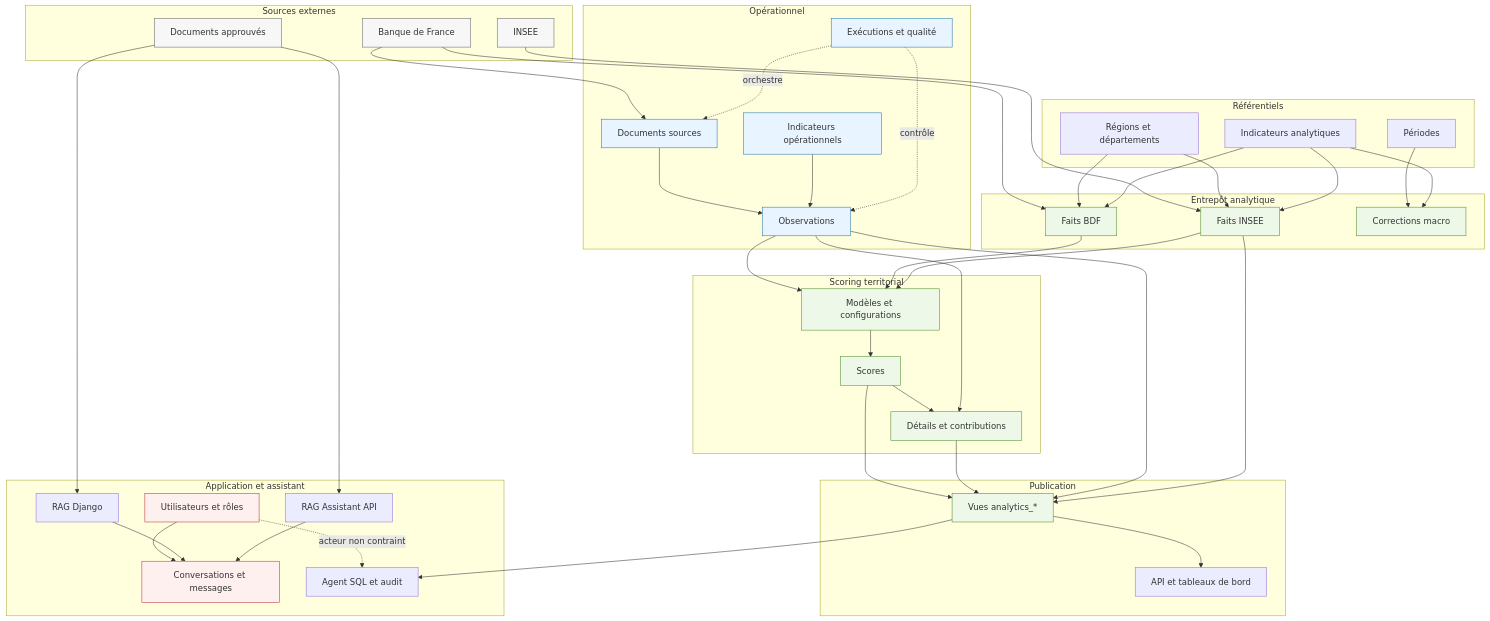
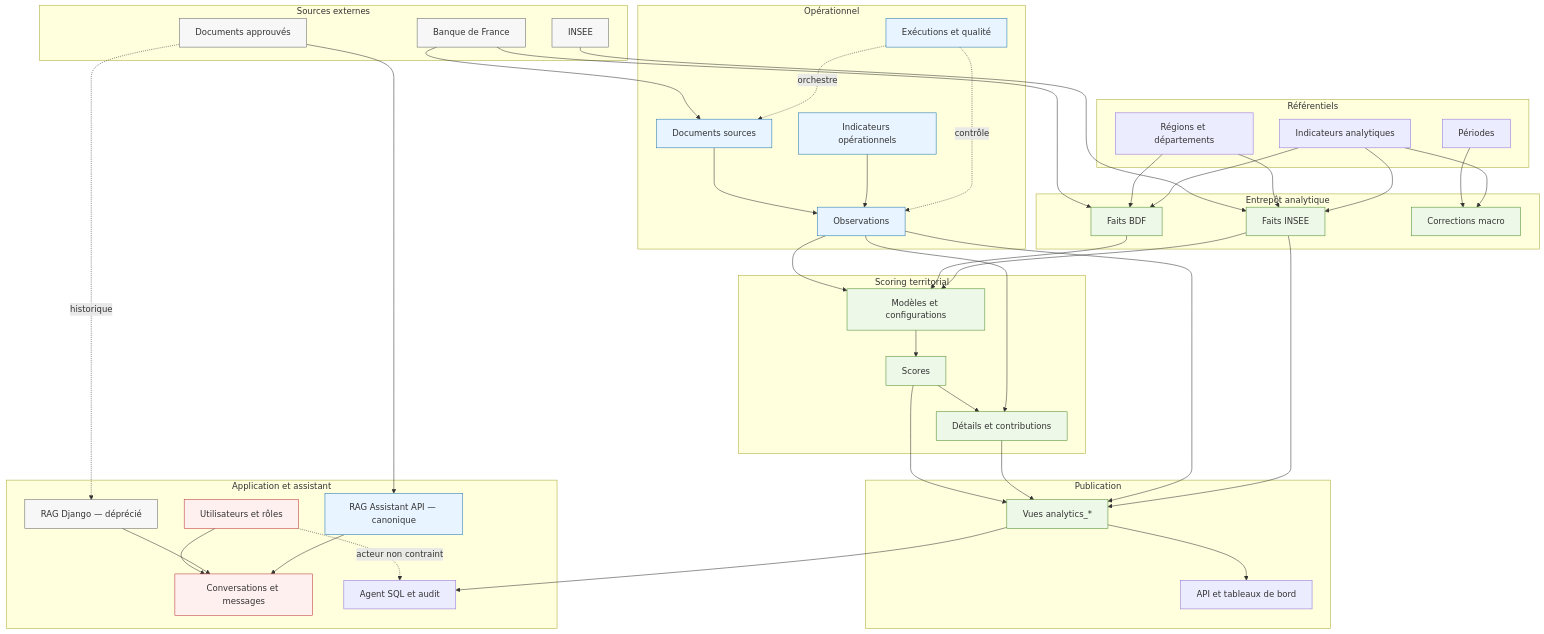
The diagram in database-doc/diagrams/global.mmd (ludivineRB/surendettement_analyse), drawn with Mermaid before and after one commit. The commit also changed 23 other files, not shown here.

```diff
--- a/database-doc/diagrams/global.mmd
+++ b/database-doc/diagrams/global.mmd
@@ -1,89 +1,91 @@
 flowchart TB
     subgraph SOURCES[Sources externes]
         BDF[Banque de France]
         INSEE[INSEE]
         DOCS[Documents approuvés]
     end
 
     subgraph OP[Opérationnel]
         SD[Documents sources]
         IND[Indicateurs opérationnels]
         OBS[Observations]
         RUN[Exécutions et qualité]
     end
 
     subgraph REF[Référentiels]
         GEO[Régions et départements]
         TIME[Périodes]
         IANA[Indicateurs analytiques]
     end
 
     subgraph WH[Entrepôt analytique]
         FBDF[Faits BDF]
         FINSEE[Faits INSEE]
         OVR[Corrections macro]
     end
 
     subgraph SCORE[Scoring territorial]
         MODEL[Modèles et configurations]
         SCORES[Scores]
         DETAILS[Détails et contributions]
     end
 
     subgraph PUB[Publication]
         VIEWS[Vues analytics_*]
         API[API et tableaux de bord]
     end
 
     subgraph APP[Application et assistant]
         USERS[Utilisateurs et rôles]
         CONV[Conversations et messages]
-        RAGD[RAG Django]
-        RAGA[RAG Assistant API]
+        RAGD[RAG Django — déprécié]
+        RAGA[RAG Assistant API — canonique]
         SQL[Agent SQL et audit]
     end
 
     BDF --> SD
     BDF --> FBDF
     INSEE --> FINSEE
     SD --> OBS
     IND --> OBS
     RUN -. orchestre .-> SD
     RUN -. contrôle .-> OBS
 
     GEO --> FBDF
     GEO --> FINSEE
     TIME --> OVR
     IANA --> FBDF
     IANA --> FINSEE
     IANA --> OVR
 
     OBS --> MODEL
     FBDF --> MODEL
     FINSEE --> MODEL
     MODEL --> SCORES
     SCORES --> DETAILS
     OBS --> DETAILS
 
     SCORES --> VIEWS
     DETAILS --> VIEWS
     OBS --> VIEWS
     FINSEE --> VIEWS
     VIEWS --> API
     VIEWS --> SQL
 
     USERS --> CONV
-    DOCS --> RAGD
+    DOCS -. historique .-> RAGD
     DOCS --> RAGA
     RAGD --> CONV
     RAGA --> CONV
     USERS -. acteur non contraint .-> SQL
 
     classDef external fill:#f7f7f7,stroke:#666
     classDef operational fill:#e8f4ff,stroke:#2176ae
     classDef analytical fill:#eef8e8,stroke:#4c8c2b
     classDef personal fill:#fff0f0,stroke:#b33
     class BDF,INSEE,DOCS external
     class SD,IND,OBS,RUN operational
     class FBDF,FINSEE,OVR,MODEL,SCORES,DETAILS,VIEWS analytical
     class USERS,CONV personal
+    class RAGD external
+    class RAGA operational
```
